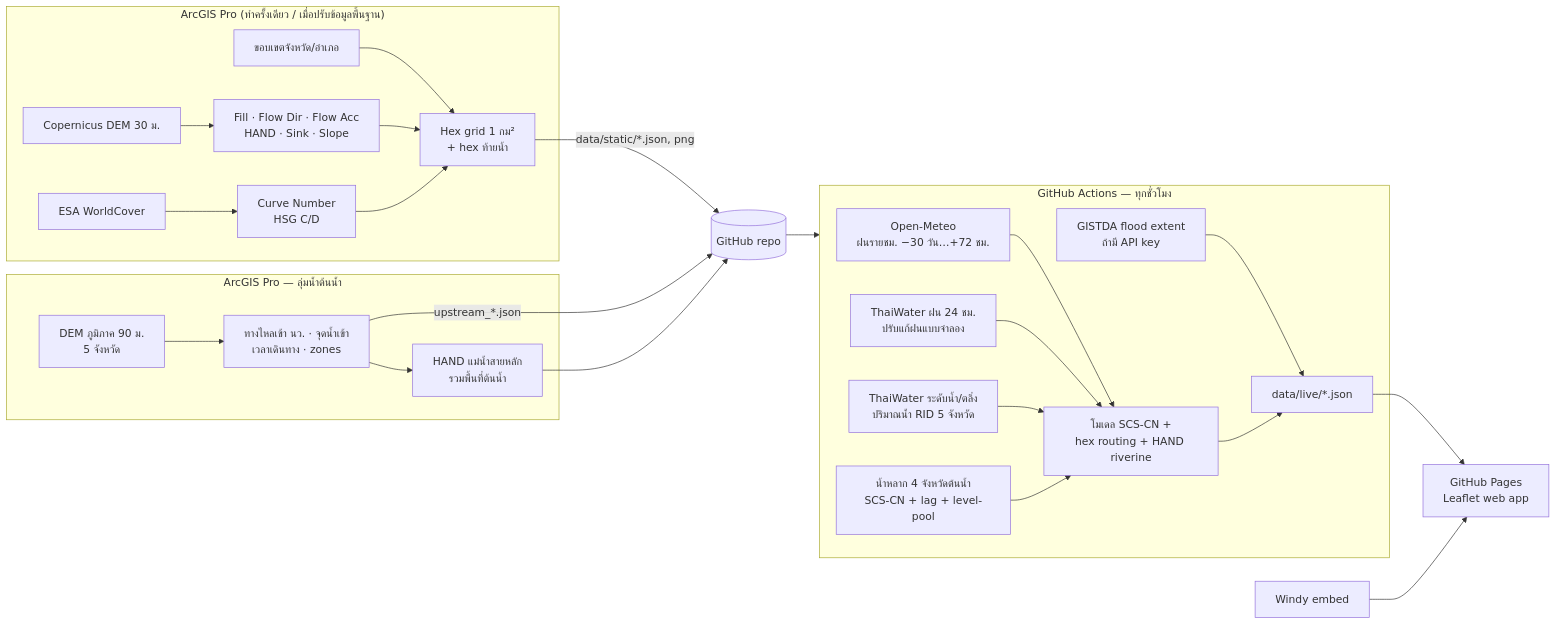
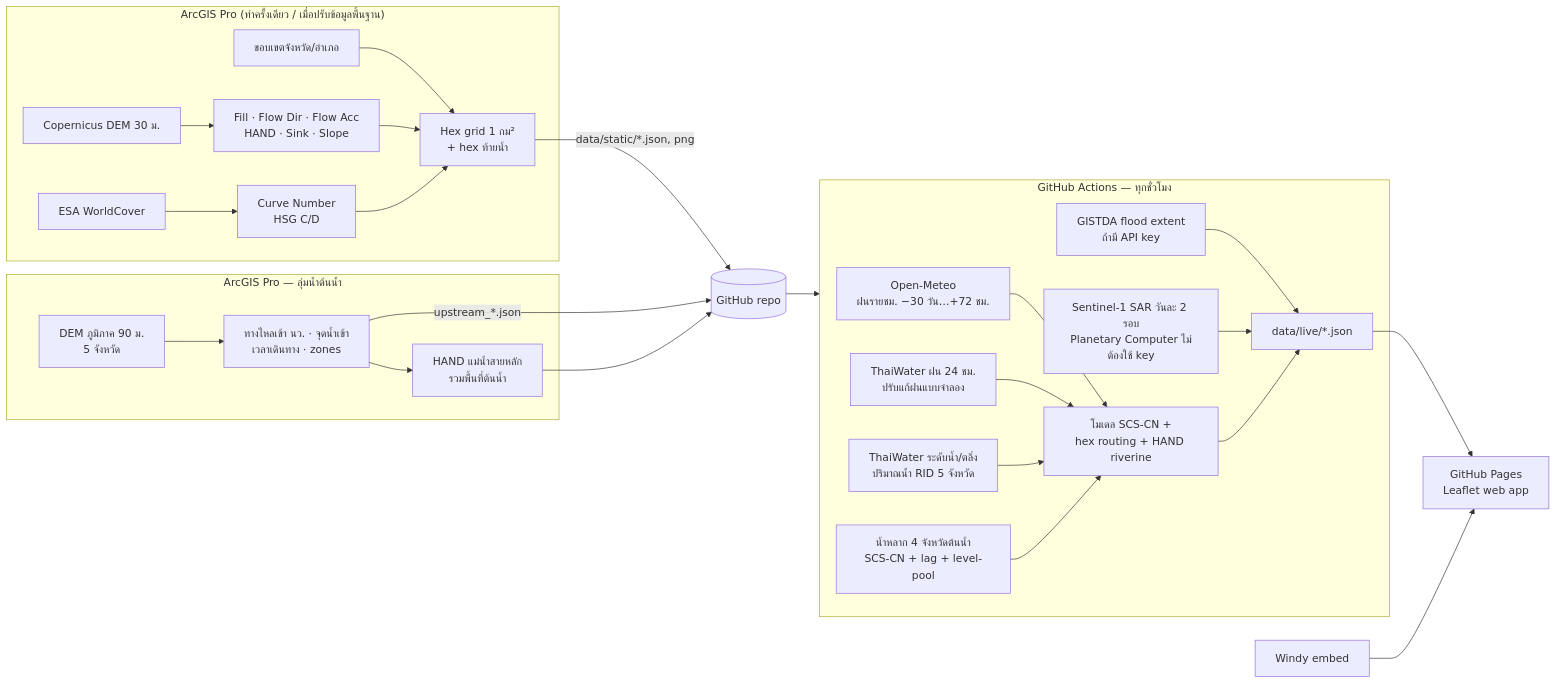
One commit to att-geo/nakhonsawan-flood changed the diagram in README.md. Above: the diagram before and after it, drawn with Mermaid. The commit also changed other lines of this file and 97 other files, not shown here.

````diff
--- a/README.md
+++ b/README.md
@@ -9,28 +9,29 @@
 ```mermaid
 flowchart LR
   subgraph PRO["ArcGIS Pro (ทำครั้งเดียว / เมื่อปรับข้อมูลพื้นฐาน)"]
     DEM[Copernicus DEM 30 ม.] --> HYD[Fill · Flow Dir · Flow Acc<br/>HAND · Sink · Slope]
     WC[ESA WorldCover] --> CN[Curve Number<br/>HSG C/D]
     ADM[ขอบเขตจังหวัด/อำเภอ] --> HEX[Hex grid 1 กม²<br/>+ hex ท้ายน้ำ]
     HYD --> HEX
     CN --> HEX
   end
   HEX -->|data/static/*.json, png| REPO[(GitHub repo)]
   subgraph PRO2["ArcGIS Pro — ลุ่มน้ำต้นน้ำ"]
     DEM2[DEM ภูมิภาค 90 ม.<br/>5 จังหวัด] --> UP[ทางไหลเข้า นว. · จุดน้ำเข้า<br/>เวลาเดินทาง · zones]
     UP --> HM[HAND แม่น้ำสายหลัก<br/>รวมพื้นที่ต้นน้ำ]
   end
   UP -->|upstream_*.json| REPO
   HM --> REPO
   subgraph GHA["GitHub Actions — ทุกชั่วโมง"]
     OM[Open-Meteo<br/>ฝนรายชม. −30 วัน…+72 ชม.] --> MOD
     TWR[ThaiWater ฝน 24 ชม.<br/>ปรับแก้ฝนแบบจำลอง] --> MOD
     TWL[ThaiWater ระดับน้ำ/ตลิ่ง<br/>ปริมาณน้ำ RID 5 จังหวัด] --> MOD
     MOD2[น้ำหลาก 4 จังหวัดต้นน้ำ<br/>SCS-CN + lag + level-pool] --> MOD
     GIS[GISTDA flood extent<br/>ถ้ามี API key] --> OUT
+    S1[Sentinel-1 SAR วันละ 2 รอบ<br/>Planetary Computer ไม่ต้องใช้ key] --> OUT
     MOD[โมเดล SCS-CN +<br/>hex routing + HAND riverine] --> OUT[data/live/*.json]
   end
   REPO --> GHA
   OUT --> PAGES[GitHub Pages<br/>Leaflet web app]
   WINDY[Windy embed] --> PAGES
 ```
````
